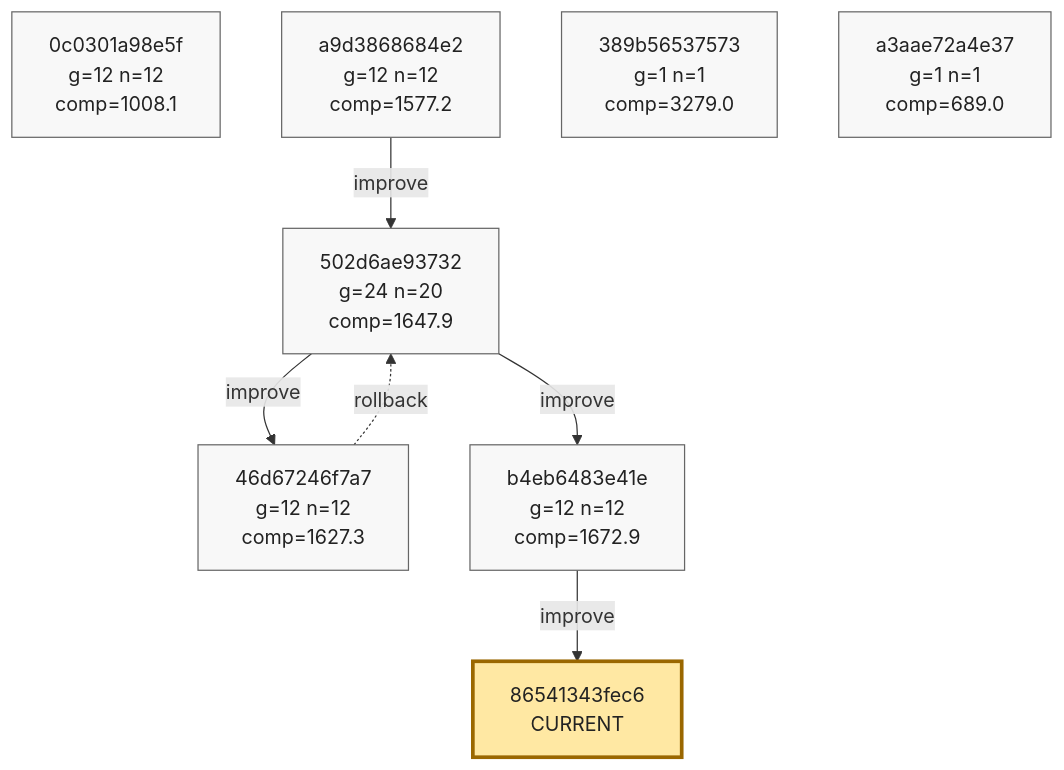
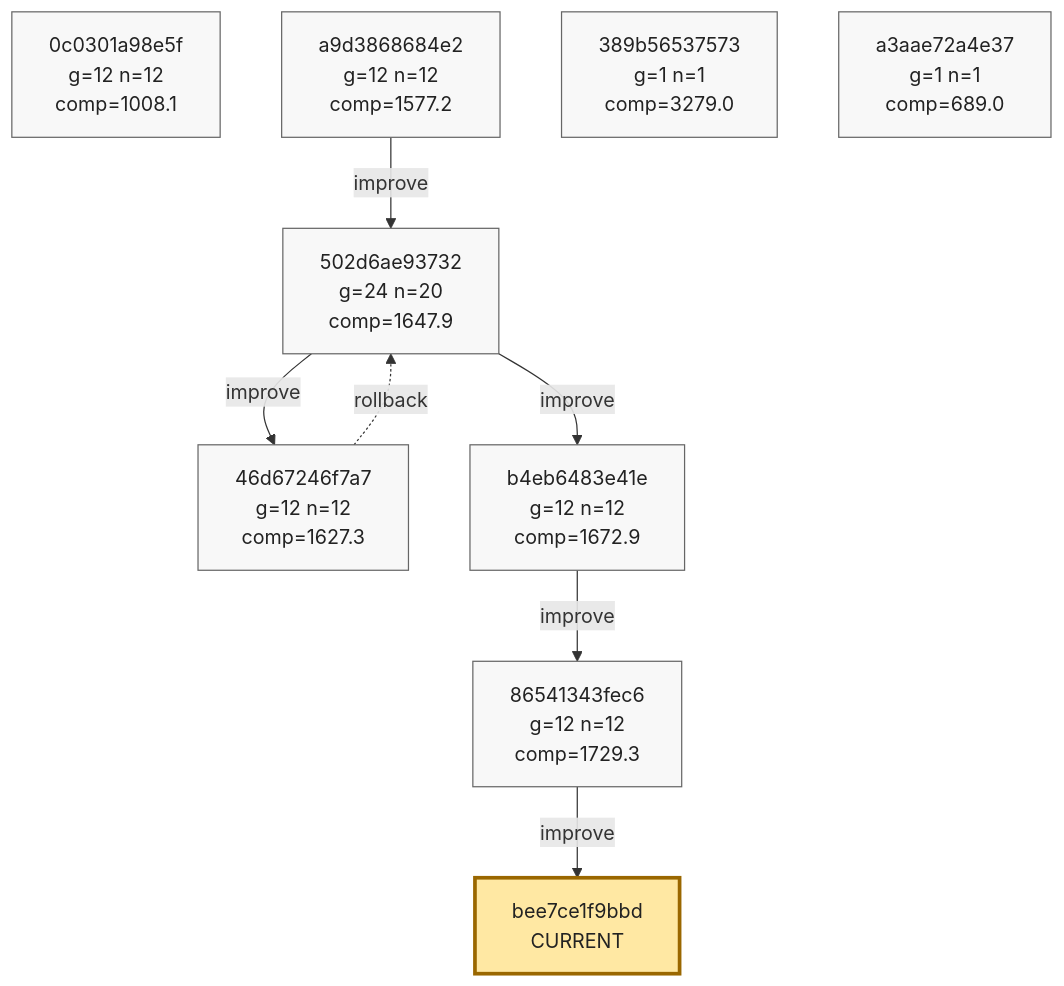
The tenth of 10 diagrams in phyrogenetic-tree.md (azumag/soviet_now), drawn with Mermaid before and after one commit. The commit also changed other lines of this file and 2 other files, not shown here.

Commit message:
eloop Improve after 12 games (scores: 1984 1562 2117 1077 2720 1625 1339 2872 635 2457 1775 2143)

````diff
--- a/phyrogenetic-tree.md
+++ b/phyrogenetic-tree.md
@@ -2541,31 +2542,34 @@
 ```mermaid
 flowchart TD
     h_0c0301a98e5f["0c0301a98e5f<br/>g=12 n=12<br/>comp=1008.1"]
     h_a9d3868684e2["a9d3868684e2<br/>g=12 n=12<br/>comp=1577.2"]
     h_502d6ae93732["502d6ae93732<br/>g=24 n=20<br/>comp=1647.9"]
     h_46d67246f7a7["46d67246f7a7<br/>g=12 n=12<br/>comp=1627.3"]
     h_b4eb6483e41e["b4eb6483e41e<br/>g=12 n=12<br/>comp=1672.9"]
+    h_86541343fec6["86541343fec6<br/>g=12 n=12<br/>comp=1729.3"]
     h_389b56537573["389b56537573<br/>g=1 n=1<br/>comp=3279.0"]
     h_a3aae72a4e37["a3aae72a4e37<br/>g=1 n=1<br/>comp=689.0"]
-    h_86541343fec6["86541343fec6<br/>CURRENT"]
+    h_bee7ce1f9bbd["bee7ce1f9bbd<br/>CURRENT"]
 
     h_a9d3868684e2 -->|improve| h_502d6ae93732
     h_502d6ae93732 -->|improve| h_46d67246f7a7
     h_46d67246f7a7 -. rollback .-> h_502d6ae93732
     h_502d6ae93732 -->|improve| h_b4eb6483e41e
     h_b4eb6483e41e -->|improve| h_86541343fec6
+    h_86541343fec6 -->|improve| h_bee7ce1f9bbd
 
     classDef plain fill:#f8f8f8,stroke:#666,stroke-width:1px,color:#222;
     classDef current fill:#ffe8a3,stroke:#9a6700,stroke-width:3px,color:#222;
     classDef anchor fill:#d7f5dd,stroke:#1f6f43,stroke-width:3px,color:#222;
     classDef current_anchor fill:#f3e4a8,stroke:#1f6f43,stroke-width:4px,color:#222;
 
     class h_0c0301a98e5f plain;
     class h_a9d3868684e2 plain;
     class h_502d6ae93732 plain;
     class h_46d67246f7a7 plain;
     class h_b4eb6483e41e plain;
+    class h_86541343fec6 plain;
     class h_389b56537573 plain;
     class h_a3aae72a4e37 plain;
-    class h_86541343fec6 current;
+    class h_bee7ce1f9bbd current;
 ```
````
